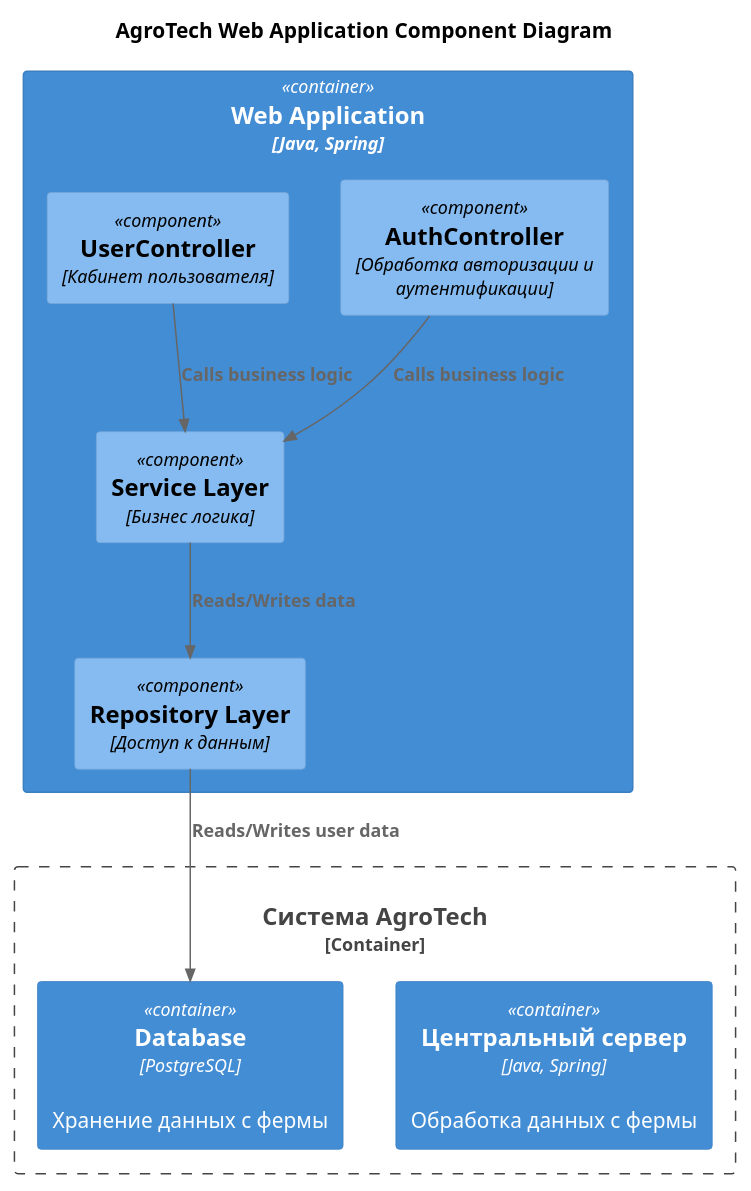
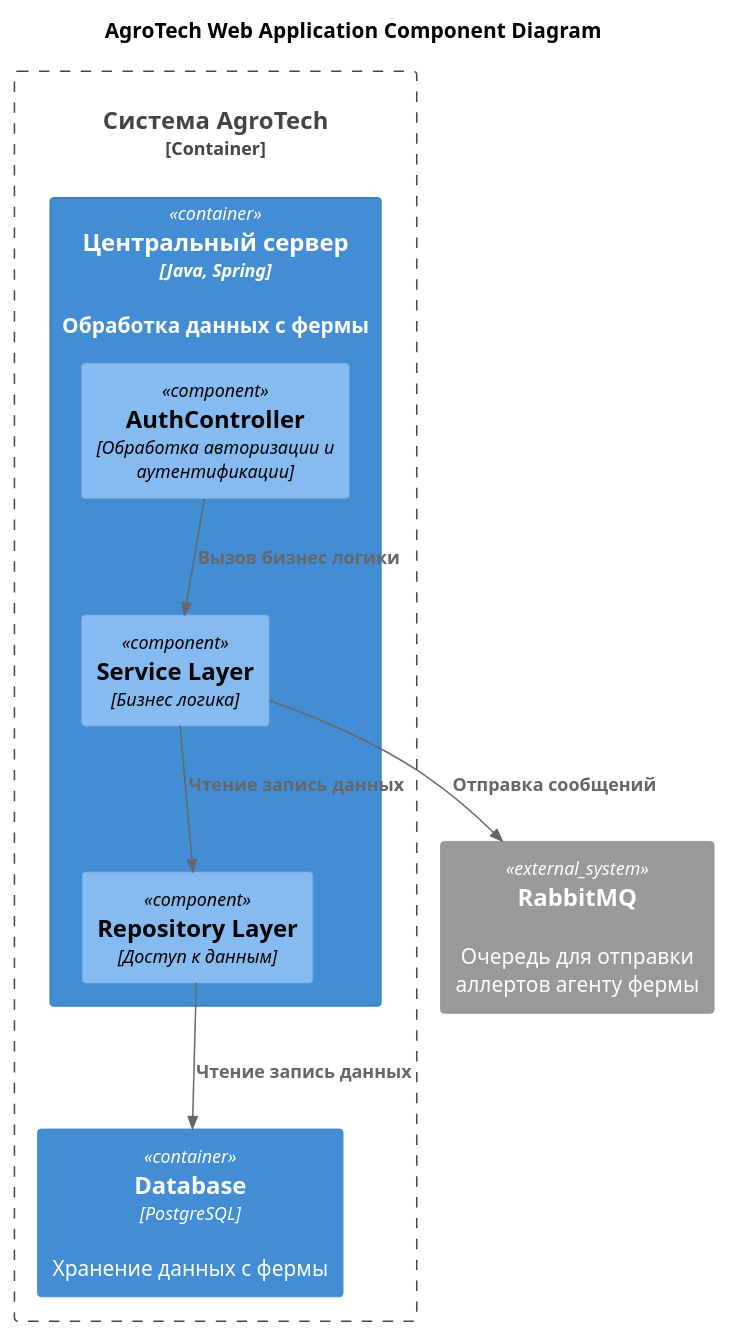
Before and after one commit to ChechelevNF/MSA-AgroTech: the diagram in Task3/Component.puml, drawn with PlantUML. The commit also changed 4 other files, not shown here.

Commit message:
Изменил диаграммы для SaaS решения

```diff
--- a/Task3/Component.puml
+++ b/Task3/Component.puml
@@ -1,25 +1,26 @@
 @startuml
 title AgroTech Web Application Component Diagram
 
 top to bottom direction
 
 !includeurl https://raw.githubusercontent.com/RicardoNiepel/C4-PlantUML/master/C4_Component.puml
 
+System_Ext(Agent, "RabbitMQ", "Очередь для отправки аллертов агенту фермы")
+
 Container_Boundary(FitLifeSystem, "Система AgroTech") {
   Container(CentralServer, "Центральный сервер", "Java, Spring", "Обработка данных с фермы")
   Container(Database, "Database", "PostgreSQL", "Хранение данных с фермы")
 }
 
-Container(WebApp, "Web Application", "Java, Spring") {
+Container(CentralServer, "Центральный сервер", "Java, Spring") {
   Component(AuthController, "AuthController", "Обработка авторизации и аутентификации")
-  Component(UserController, "UserController", "Кабинет пользователя")
 
   Component(ServiceLayer, "Service Layer", "Бизнес логика")
   Component(RepositoryLayer, "Repository Layer", "Доступ к данным")
 }
 
-Rel(AuthController,ServiceLayer,"Calls business logic")
-Rel(UserController,ServiceLayer,"Calls business logic")
-Rel(ServiceLayer,RepositoryLayer,"Reads/Writes data")
-Rel(RepositoryLayer,Database,"Reads/Writes user data")
+Rel(AuthController,ServiceLayer,"Вызов бизнес логики")
+Rel(ServiceLayer,RepositoryLayer,"Чтение запись данных")
+Rel(RepositoryLayer,Database,"Чтение запись данных")
+Rel(ServiceLayer, Agent, "Отправка сообщений")
 @enduml
```
